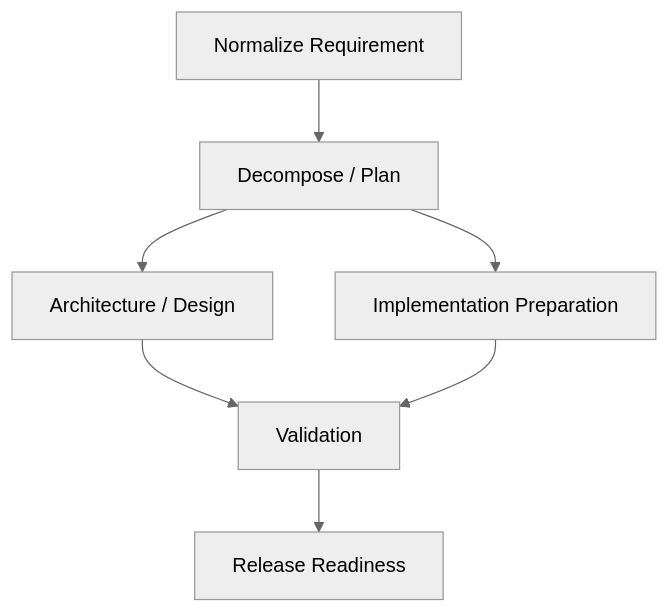
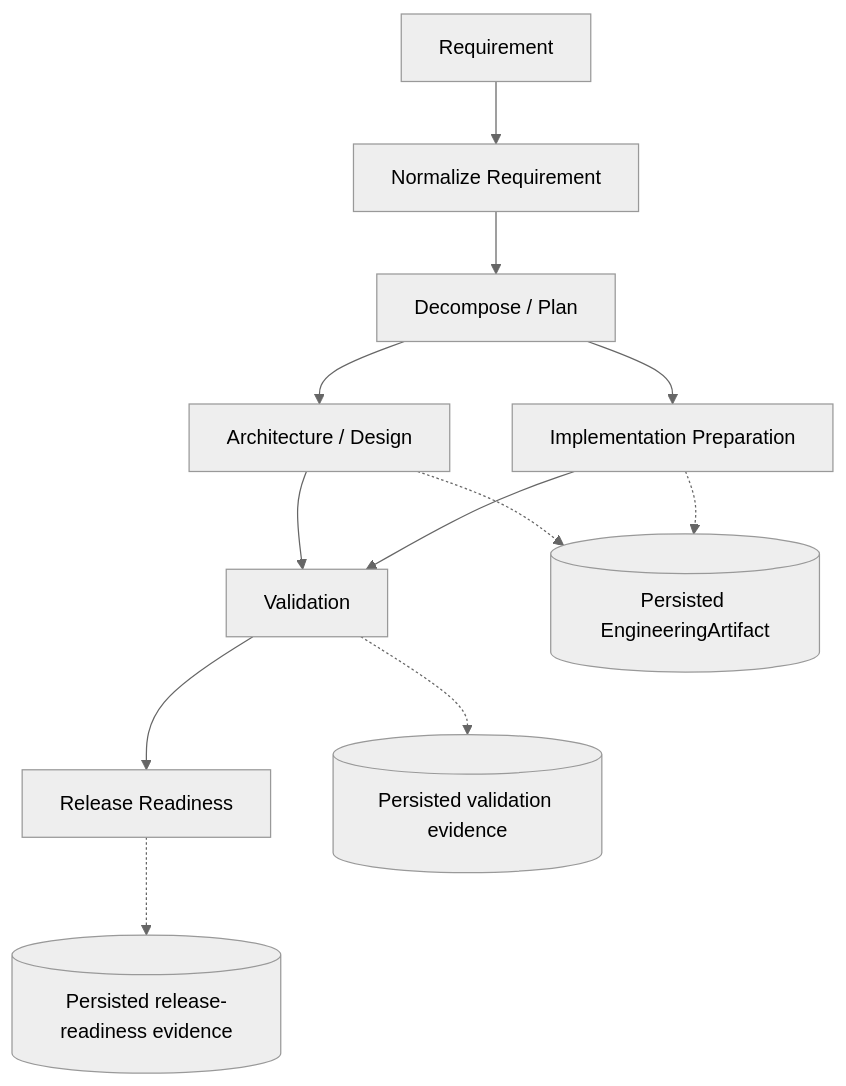
One commit to GalenGrund/agentic-software-engineering-url-shortener changed the first of 5 diagrams in docs/architecture.md. Above: the diagram before and after it, drawn with Mermaid (neutral theme). The commit also changed other lines of this file and 2 other files, not shown here.

Commit message:
docs: strengthen reviewer experience and agentic design narrative

````diff
--- a/docs/architecture.md
+++ b/docs/architecture.md
@@ -47,9 +172,14 @@
 ```mermaid
 flowchart TD
-    A[Normalize Requirement] --> B[Decompose / Plan]
-    B --> C[Architecture / Design]
-    B --> D[Implementation Preparation]
-    C --> E[Validation]
-    D --> E
-    E --> F[Release Readiness]
+  R[Requirement] --> N[Normalize Requirement]
+  N --> P[Decompose / Plan]
+  P --> A[Architecture / Design]
+  P --> I[Implementation Preparation]
+  A --> V[Validation]
+  I --> V
+  V --> G[Release Readiness]
+  A -.-> EA[(Persisted EngineeringArtifact)]
+  I -.-> EA
+  V -.-> EV[(Persisted validation evidence)]
+  G -.-> ER[(Persisted release-readiness evidence)]
 ```
````
